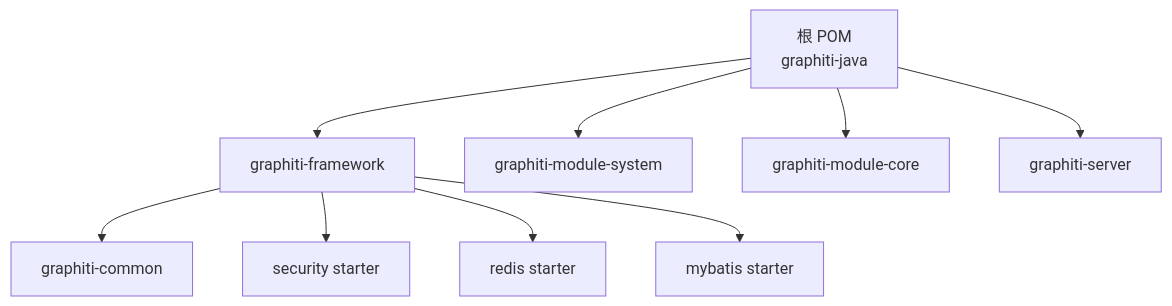
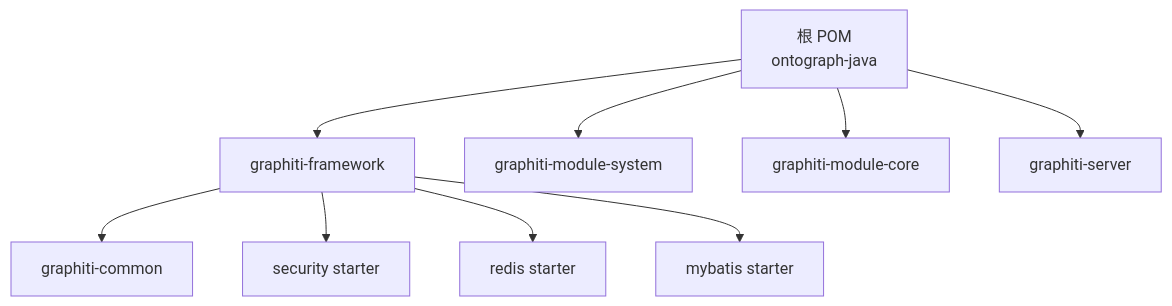
The fifth of 5 diagrams in docs/manual/快速开始.md (joezxh/graphiti-java), drawn with Mermaid before and after one commit. The commit also changed other lines of this file and 504 other files, not shown here.

Commit message:
refactor: rename Maven modules from graphiti-* to ontograph-* and update all docs

````diff
--- a/docs/manual/快速开始.md
+++ b/docs/manual/快速开始.md
@@ -282,11 +282,11 @@
 ```mermaid
 graph TB
-ROOT["根 POM<br/>graphiti-java"] --> FW["graphiti-framework"]
+ROOT["根 POM<br/>ontograph-java"] --> FW["graphiti-framework"]
 ROOT --> SYS["graphiti-module-system"]
 ROOT --> CORE["graphiti-module-core"]
 ROOT --> SRV["graphiti-server"]
 FW --> COMMON["graphiti-common"]
 FW --> SEC["security starter"]
 FW --> REDIS["redis starter"]
 FW --> MB["mybatis starter"]
 ```
````
